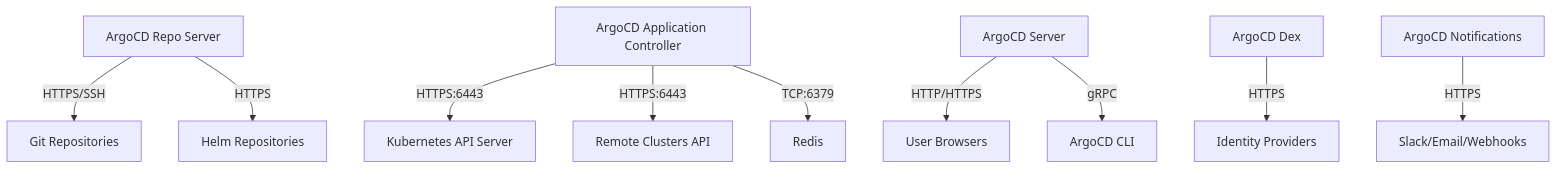
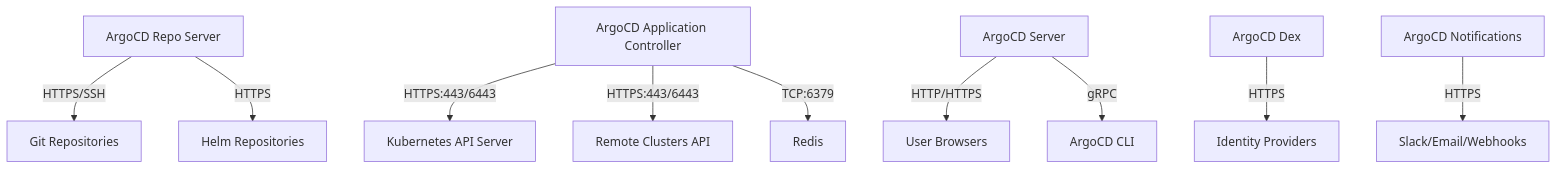
The diagram in posts/2026-02-26-argocd-during-network-changes/README.md (OneUptime/blog), drawn with Mermaid before and after one commit. The commit also changed other lines of this file and 2 other files, not shown here.

````diff
--- a/posts/2026-02-26-argocd-during-network-changes/README.md
+++ b/posts/2026-02-26-argocd-during-network-changes/README.md
@@ -17,12 +17,12 @@
 ```mermaid
 graph TD
     A[ArgoCD Repo Server] -->|HTTPS/SSH| B[Git Repositories]
     A -->|HTTPS| C[Helm Repositories]
-    D[ArgoCD Application Controller] -->|HTTPS:6443| E[Kubernetes API Server]
-    D -->|HTTPS:6443| F[Remote Clusters API]
+    D[ArgoCD Application Controller] -->|HTTPS:443/6443| E[Kubernetes API Server]
+    D -->|HTTPS:443/6443| F[Remote Clusters API]
     G[ArgoCD Server] -->|HTTP/HTTPS| H[User Browsers]
     G -->|gRPC| I[ArgoCD CLI]
     J[ArgoCD Dex] -->|HTTPS| K[Identity Providers]
     L[ArgoCD Notifications] -->|HTTPS| M[Slack/Email/Webhooks]
     D -->|TCP:6379| N[Redis]
 ```
````
